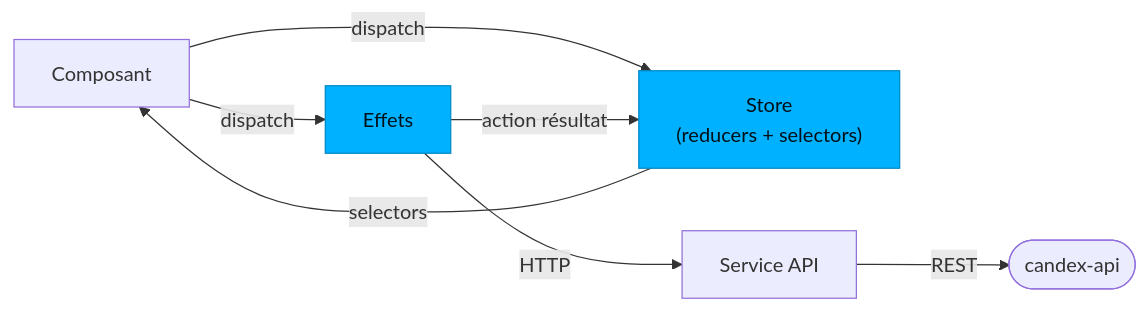
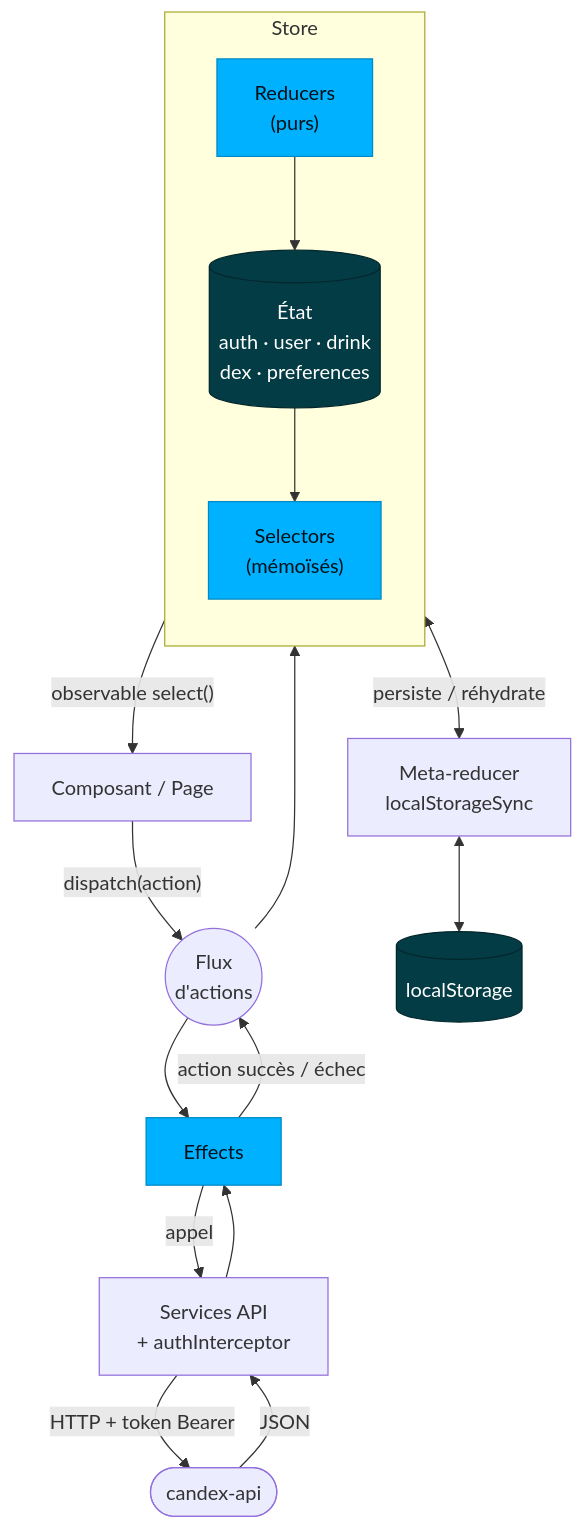
The first of 2 diagrams in src/content/docs/fr/front-end.md (RusterX16/candex-handbook), drawn with Mermaid before and after one commit. The commit also changed other lines of this file and 96 other files, not shown here.

First line of the commit message:
docs: diagrams, code snippets, PDF cover and site icon (v0.23.0)

````diff
--- a/src/content/docs/fr/front-end.md
+++ b/src/content/docs/fr/front-end.md
@@ -30,18 +30,31 @@
 ```mermaid
-flowchart LR
-  comp["Composant"]
-  store["Store<br/>(reducers + selectors)"]
-  eff["Effets"]
-  api["Service API"]
+flowchart TB
+  comp["Composant / Page"]
+  act(("Flux<br/>d'actions"))
+  subgraph store["Store"]
+    direction TB
+    red["Reducers<br/>(purs)"]
+    state[("État<br/>auth · user · drink<br/>dex · preferences")]
+    sel["Selectors<br/>(mémoïsés)"]
+    red --> state --> sel
+  end
+  meta["Meta-reducer<br/>localStorageSync"]
+  ls[("localStorage")]
+  eff["Effects"]
+  svc["Services API<br/>+ authInterceptor"]
   be([candex-api])
 
-  comp -->|dispatch| store
-  comp -->|dispatch| eff
-  eff -->|HTTP| api
-  api -->|REST| be
-  eff -->|action résultat| store
-  store -->|selectors| comp
+  comp -->|"dispatch(action)"| act
+  act --> red
+  act --> eff
+  eff -->|"appel"| svc -->|"HTTP + token Bearer"| be
+  be -->|"JSON"| svc --> eff
+  eff -->|"action succès / échec"| act
+  sel -->|"observable select()"| comp
+  state <-->|"persiste / réhydrate"| meta <--> ls
 
   classDef svc fill:#00B1FF,stroke:#0089c4,color:#001018;
-  class store,eff svc
+  classDef store fill:#033C44,stroke:#02262c,color:#ffffff;
+  class red,sel,eff svc
+  class state,ls store
 ```
````
